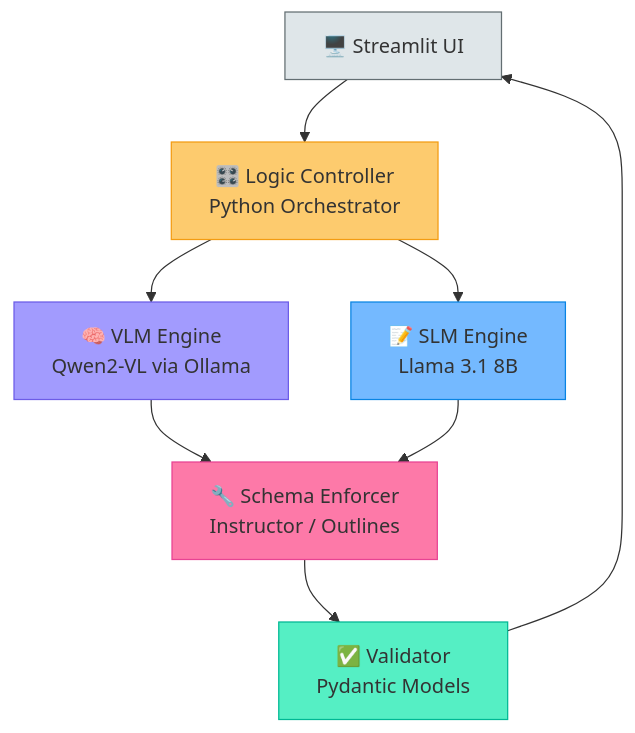
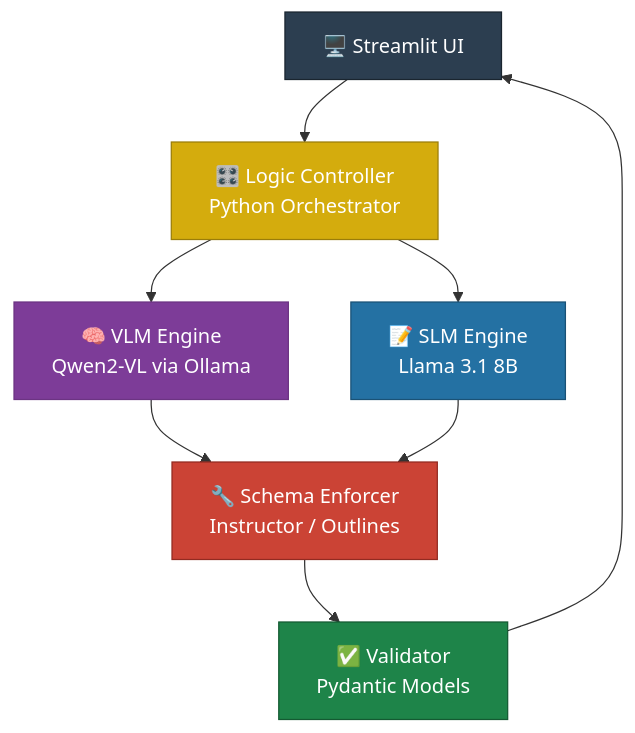
Before and after one commit to KJCREATOR/VYOMEXTRACT: the seventh of 12 diagrams in README.md, drawn with Mermaid. The commit also changed other lines of this file, not shown here.

````diff
--- a/README.md
+++ b/README.md
@@ -302,17 +305,17 @@
 ```mermaid
 graph TD
     UI["🖥️ Streamlit UI"] --> CTRL["🎛️ Logic Controller<br/>Python Orchestrator"]
     CTRL --> VLM["🧠 VLM Engine<br/>Qwen2-VL via Ollama"]
     CTRL --> SLM["📝 SLM Engine<br/>Llama 3.1 8B"]
     VLM --> SCHEMA["🔧 Schema Enforcer<br/>Instructor / Outlines"]
     SLM --> SCHEMA
     SCHEMA --> VALID["✅ Validator<br/>Pydantic Models"]
     VALID --> UI
 
-    style UI fill:#dfe6e9,stroke:#636e72
-    style CTRL fill:#fdcb6e,stroke:#f39c12
-    style VLM fill:#a29bfe,stroke:#6c5ce7
-    style SLM fill:#74b9ff,stroke:#0984e3
-    style SCHEMA fill:#fd79a8,stroke:#e84393
-    style VALID fill:#55efc4,stroke:#00b894
+    style UI fill:#2c3e50,stroke:#1a252f,color:#fff
+    style CTRL fill:#d4ac0d,stroke:#9a7d0a,color:#fff
+    style VLM fill:#7d3c98,stroke:#6c3483,color:#fff
+    style SLM fill:#2471a3,stroke:#1a5276,color:#fff
+    style SCHEMA fill:#cb4335,stroke:#922b21,color:#fff
+    style VALID fill:#1e8449,stroke:#145a32,color:#fff
 ```
````
